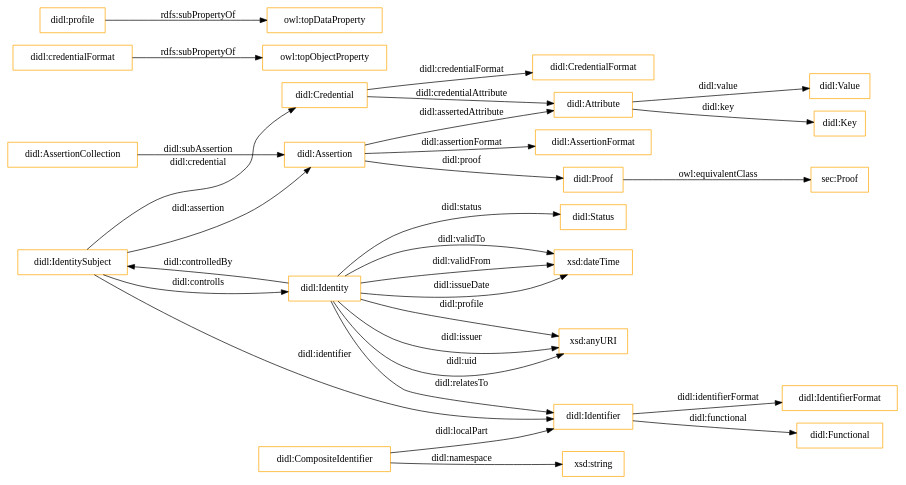
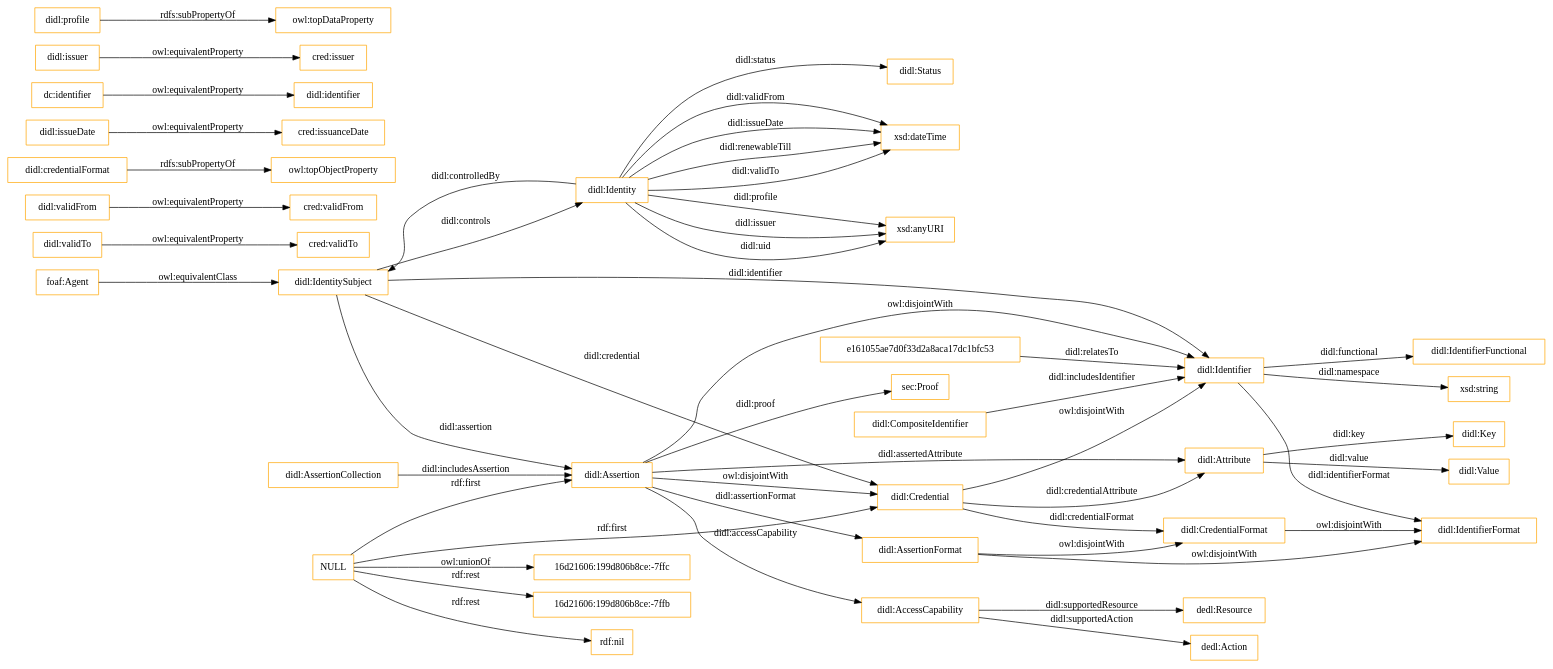
One commit to jiahang-chen/didl changed the diagram in OnToology/didl.ttl/diagrams/ar2dtool-class/didl.ttl.png.dot. Above: the diagram before and after it, drawn with Graphviz. The commit also changed 12 other files, not shown here.

```diff
--- a/OnToology/didl.ttl/diagrams/ar2dtool-class/didl.ttl.png.dot
+++ b/OnToology/didl.ttl/diagrams/ar2dtool-class/didl.ttl.png.dot
@@ -1,34 +1,54 @@
 digraph ar2dtool_diagram { 
 rankdir=LR;
 size="1501"
-node [shape = rectangle, color="orange"]; "didl:Attribute" "didl:CompositeIdentifier" "didl:AssertionFormat" "didl:Status" "sec:Proof" "didl:IdentifierFormat" "didl:Assertion" "didl:Key" "didl:Identity" "didl:Credential" "didl:CredentialFormat" "didl:IdentitySubject" "didl:Functional" "didl:Value" "didl:Proof" "didl:AssertionCollection" "didl:Identifier" ; /*classes style*/
+node [shape = rectangle, color="orange"]; "didl:Attribute" "didl:CompositeIdentifier" "didl:AssertionFormat" "didl:Status" "sec:Proof" "foaf:Agent" "didl:IdentifierFunctional" "didl:IdentifierFormat" "didl:Assertion" "didl:Key" "didl:Identity" "dedl:Resource" "dedl:Action" "didl:AccessCapability" "didl:CredentialFormat" "didl:Credential" "didl:IdentitySubject" "didl:Value" "didl:AssertionCollection" "e161055ae7d0f33d2a8aca17dc1bfc53" "didl:Identifier" ; /*classes style*/
+	"NULL" -> "rdf:nil" [ label = "rdf:rest" ];
+	"NULL" -> "didl:Credential" [ label = "rdf:first" ];
+	"NULL" -> "16d21606:199d806b8ce:-7ffc" [ label = "owl:unionOf" ];
+	"NULL" -> "16d21606:199d806b8ce:-7ffb" [ label = "rdf:rest" ];
+	"NULL" -> "didl:Assertion" [ label = "rdf:first" ];
+	"didl:Credential" -> "didl:Identifier" [ label = "owl:disjointWith" ];
+	"didl:validTo" -> "cred:validTo" [ label = "owl:equivalentProperty" ];
+	"didl:validFrom" -> "cred:validFrom" [ label = "owl:equivalentProperty" ];
 	"didl:credentialFormat" -> "owl:topObjectProperty" [ label = "rdfs:subPropertyOf" ];
-	"didl:Proof" -> "sec:Proof" [ label = "owl:equivalentClass" ];
+	"didl:issueDate" -> "cred:issuanceDate" [ label = "owl:equivalentProperty" ];
+	"didl:AssertionFormat" -> "didl:IdentifierFormat" [ label = "owl:disjointWith" ];
+	"didl:AssertionFormat" -> "didl:CredentialFormat" [ label = "owl:disjointWith" ];
+	"didl:CredentialFormat" -> "didl:IdentifierFormat" [ label = "owl:disjointWith" ];
+	"foaf:Agent" -> "didl:IdentitySubject" [ label = "owl:equivalentClass" ];
+	"dc:identifier" -> "didl:identifier" [ label = "owl:equivalentProperty" ];
+	"didl:issuer" -> "cred:issuer" [ label = "owl:equivalentProperty" ];
+	"didl:Assertion" -> "didl:Identifier" [ label = "owl:disjointWith" ];
+	"didl:Assertion" -> "didl:Credential" [ label = "owl:disjointWith" ];
 	"didl:profile" -> "owl:topDataProperty" [ label = "rdfs:subPropertyOf" ];
 	"didl:Assertion" -> "didl:Attribute" [ label = "didl:assertedAttribute" ];
-	"didl:AssertionCollection" -> "didl:Assertion" [ label = "didl:subAssertion" ];
 	"didl:Identity" -> "xsd:dateTime" [ label = "didl:validTo" ];
+	"didl:CompositeIdentifier" -> "didl:Identifier" [ label = "didl:includesIdentifier" ];
 	"didl:Identity" -> "didl:Status" [ label = "didl:status" ];
 	"didl:Attribute" -> "didl:Value" [ label = "didl:value" ];
 	"didl:IdentitySubject" -> "didl:Identifier" [ label = "didl:identifier" ];
-	"didl:Identity" -> "didl:Identifier" [ label = "didl:relatesTo" ];
+	"e161055ae7d0f33d2a8aca17dc1bfc53" -> "didl:Identifier" [ label = "didl:relatesTo" ];
 	"didl:Attribute" -> "didl:Key" [ label = "didl:key" ];
-	"didl:CompositeIdentifier" -> "xsd:string" [ label = "didl:namespace" ];
+	"didl:Identifier" -> "xsd:string" [ label = "didl:namespace" ];
 	"didl:Identity" -> "xsd:anyURI" [ label = "didl:profile" ];
 	"didl:Identifier" -> "didl:IdentifierFormat" [ label = "didl:identifierFormat" ];
 	"didl:Credential" -> "didl:Attribute" [ label = "didl:credentialAttribute" ];
 	"didl:Identity" -> "xsd:dateTime" [ label = "didl:validFrom" ];
-	"didl:Identifier" -> "didl:Functional" [ label = "didl:functional" ];
+	"didl:Assertion" -> "didl:AccessCapability" [ label = "didl:accessCapability" ];
+	"didl:Identifier" -> "didl:IdentifierFunctional" [ label = "didl:functional" ];
 	"didl:Assertion" -> "didl:AssertionFormat" [ label = "didl:assertionFormat" ];
+	"didl:IdentitySubject" -> "didl:Identity" [ label = "didl:controls" ];
+	"didl:AssertionCollection" -> "didl:Assertion" [ label = "didl:includesAssertion" ];
 	"didl:Identity" -> "xsd:dateTime" [ label = "didl:issueDate" ];
 	"didl:Identity" -> "xsd:anyURI" [ label = "didl:issuer" ];
-	"didl:IdentitySubject" -> "didl:Identity" [ label = "didl:controlls" ];
 	"didl:IdentitySubject" -> "didl:Assertion" [ label = "didl:assertion" ];
 	"didl:Credential" -> "didl:CredentialFormat" [ label = "didl:credentialFormat" ];
 	"didl:Identity" -> "didl:IdentitySubject" [ label = "didl:controlledBy" ];
-	"didl:CompositeIdentifier" -> "didl:Identifier" [ label = "didl:localPart" ];
+	"didl:Identity" -> "xsd:dateTime" [ label = "didl:renewableTill" ];
+	"didl:AccessCapability" -> "dedl:Resource" [ label = "didl:supportedResource" ];
 	"didl:IdentitySubject" -> "didl:Credential" [ label = "didl:credential" ];
-	"didl:Assertion" -> "didl:Proof" [ label = "didl:proof" ];
+	"didl:Assertion" -> "sec:Proof" [ label = "didl:proof" ];
 	"didl:Identity" -> "xsd:anyURI" [ label = "didl:uid" ];
+	"didl:AccessCapability" -> "dedl:Action" [ label = "didl:supportedAction" ];
 
 }
```
